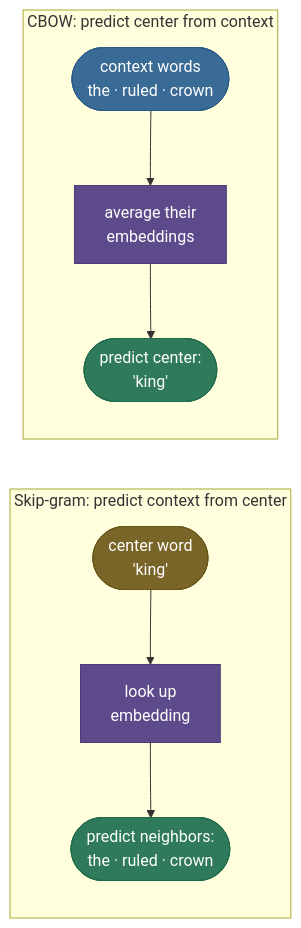
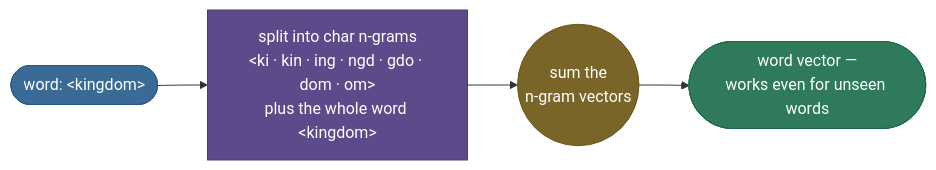
Before and after one commit to sudhir13s/AI-ML-learning-resources: the first of 2 diagrams in 06. NLP/concepts/05-Word-Embeddings-Word2Vec-GloVe-FastText.md, drawn with Mermaid. The commit also changed other lines of this file and 6 other files, not shown here.

First line of the commit message:
feat(nlp): elevate Word Embeddings concept page to gold standard

````diff
--- a/06. NLP/concepts/05-Word-Embeddings-Word2Vec-GloVe-FastText.md
+++ b/06. NLP/concepts/05-Word-Embeddings-Word2Vec-GloVe-FastText.md
@@ -61,16 +241,11 @@
 ```mermaid
 graph LR
-    subgraph SG["Skip-gram: predict context from center"]
-    C1(["center word<br/>'king'"]):::amber --> M1["look up<br/>embedding"]:::process
-    M1 --> P1(["predict neighbors:<br/>the · ruled · crown"]):::out
-    end
-    subgraph CB["CBOW: predict center from context"]
-    X1(["context words<br/>the · ruled · crown"]):::data --> M2["average their<br/>embeddings"]:::process
-    M2 --> P2(["predict center:<br/>'king'"]):::out
-    end
+    W(["word: &lt;kingdom&gt;"]):::data --> NG["split into char n-grams<br/>&lt;ki · kin · ing · ngd · gdo · dom · om&gt;<br/>plus the whole word &lt;kingdom&gt;"]:::process
+    NG --> SUM(("sum the<br/>n-gram vectors")):::amber
+    SUM --> V(["word vector —<br/>works even for unseen words"]):::out
 
+    classDef data fill:#3A6B96,stroke:#2A5B86,color:#fff
+    classDef process fill:#5D4A8A,stroke:#4D3A7A,color:#fff
     classDef amber fill:#7A6528,stroke:#6A5518,color:#fff
-    classDef process fill:#5D4A8A,stroke:#4D3A7A,color:#fff
     classDef out fill:#2E7A5A,stroke:#1E6A4A,color:#fff
-    classDef data fill:#3A6B96,stroke:#2A5B86,color:#fff
 ```
````
